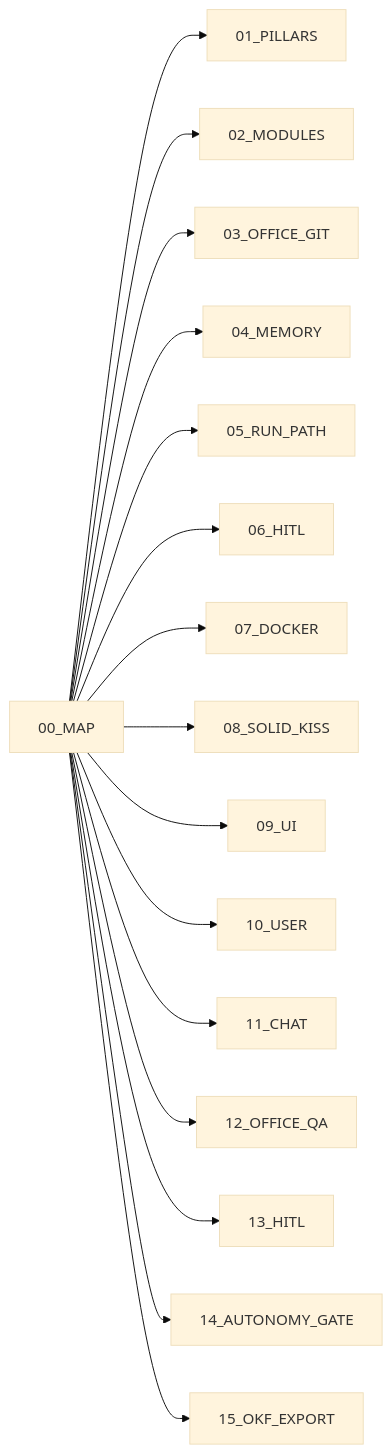
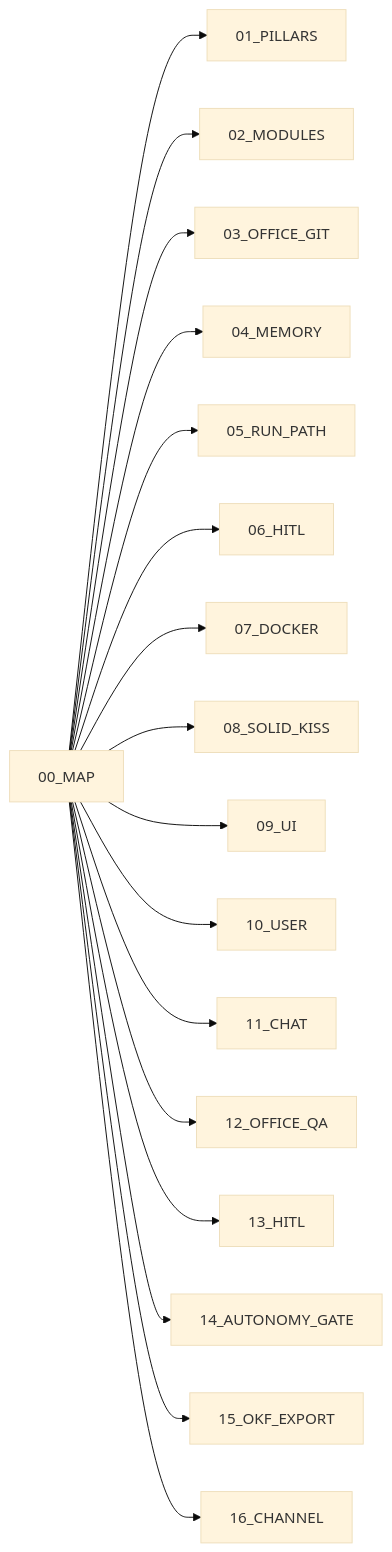
One commit to abhishekjasani/AgentAnyStack changed the diagram in docs/architecture/00_MAP.md. Above: the diagram before and after it, drawn with Mermaid (base theme). The commit also changed other lines of this file and 13 other files, not shown here.

````diff
--- a/docs/architecture/00_MAP.md
+++ b/docs/architecture/00_MAP.md
@@ -5,18 +5,19 @@
 ```mermaid
 flowchart LR
     MAP[00_MAP] --> P[01_PILLARS]
     MAP --> M[02_MODULES]
     MAP --> O[03_OFFICE_GIT]
     MAP --> MEM[04_MEMORY]
     MAP --> R[05_RUN_PATH]
     MAP --> H[06_HITL]
     MAP --> D[07_DOCKER]
     MAP --> S[08_SOLID_KISS]
     MAP --> U[09_UI]
     MAP --> USR[10_USER]
     MAP --> CH[11_CHAT]
     MAP --> OQ[12_OFFICE_QA]
     MAP --> H13[13_HITL]
     MAP --> A14[14_AUTONOMY_GATE]
     MAP --> E15[15_OKF_EXPORT]
+    MAP --> CH16[16_CHANNEL]
 ```
````
